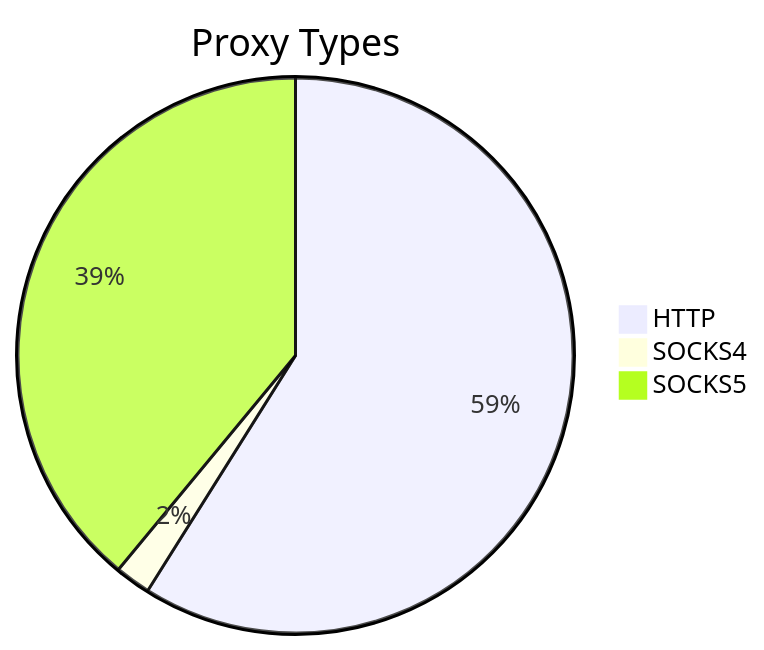
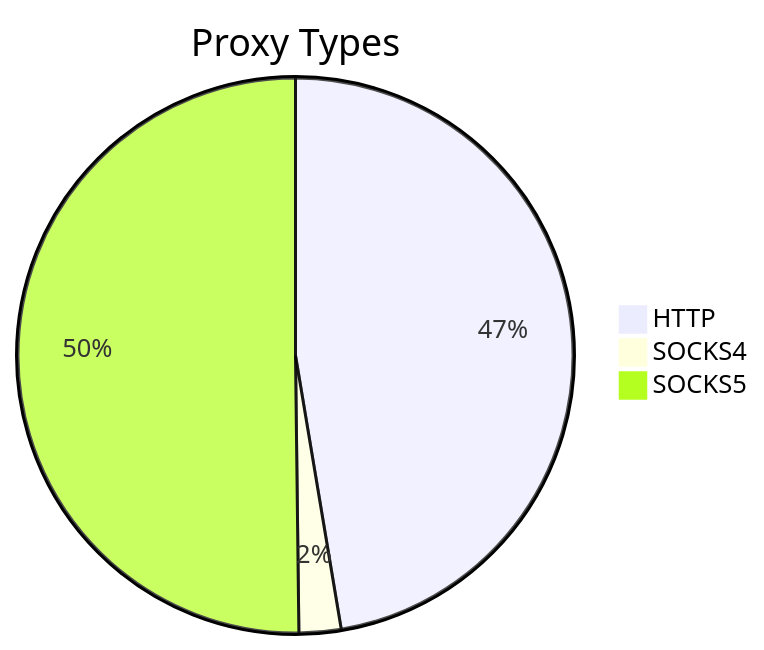
One commit to stormsia/proxy-list changed the first of 2 diagrams in README.md. Above: the diagram before and after it, drawn with Mermaid. The commit also changed other lines of this file, not shown here.

````diff
--- a/README.md
+++ b/README.md
@@ -21,6 +21,6 @@
 ```mermaid
 pie title Proxy Types
-    "HTTP" : 683
-    "SOCKS4" : 24
-    "SOCKS5" : 452
+    "HTTP" : 485
+    "SOCKS4" : 25
+    "SOCKS5" : 514
 ```
````
